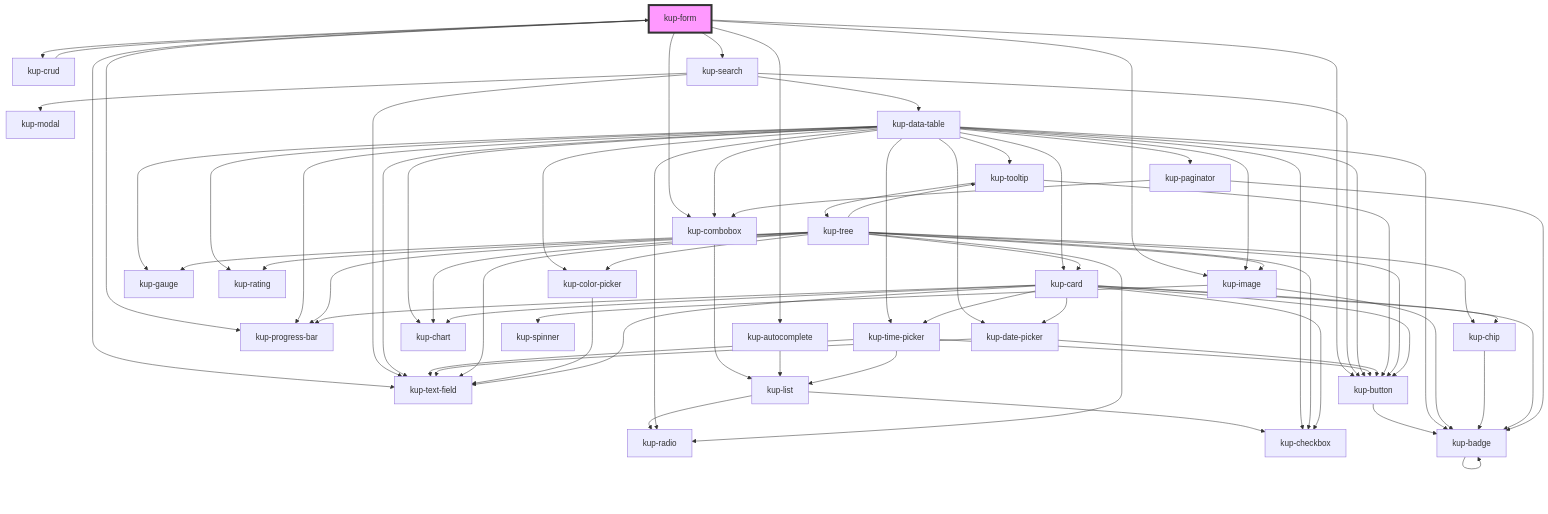
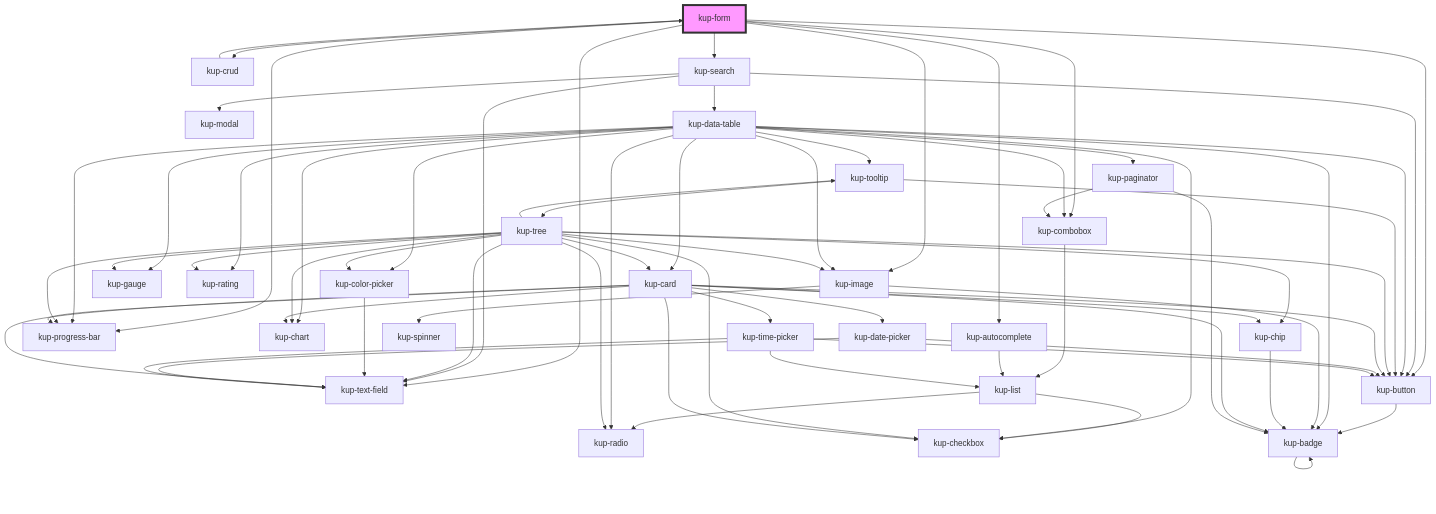
Before and after one commit to smeup/ketchup: the diagram in packages/ketchup/src/components/kup-form/readme.md, drawn with Mermaid. The commit also changed 21 other files, not shown here.

````diff
--- a/packages/ketchup/src/components/kup-form/readme.md
+++ b/packages/ketchup/src/components/kup-form/readme.md
@@ -131,75 +131,72 @@
 ```mermaid
 graph TD;
   kup-form --> kup-combobox
   kup-form --> kup-crud
   kup-form --> kup-autocomplete
   kup-form --> kup-search
   kup-form --> kup-image
   kup-form --> kup-progress-bar
   kup-form --> kup-text-field
   kup-form --> kup-button
   kup-combobox --> kup-list
   kup-list --> kup-radio
   kup-list --> kup-checkbox
   kup-crud --> kup-form
   kup-button --> kup-badge
   kup-badge --> kup-badge
   kup-autocomplete --> kup-list
   kup-search --> kup-text-field
   kup-search --> kup-button
   kup-search --> kup-modal
   kup-search --> kup-data-table
-  kup-data-table --> kup-text-field
-  kup-data-table --> kup-time-picker
-  kup-data-table --> kup-date-picker
   kup-data-table --> kup-checkbox
   kup-data-table --> kup-tooltip
   kup-data-table --> kup-image
   kup-data-table --> kup-button
   kup-data-table --> kup-chart
   kup-data-table --> kup-color-picker
   kup-data-table --> kup-gauge
   kup-data-table --> kup-progress-bar
   kup-data-table --> kup-rating
   kup-data-table --> kup-radio
   kup-data-table --> kup-paginator
   kup-data-table --> kup-combobox
   kup-data-table --> kup-card
   kup-data-table --> kup-badge
-  kup-time-picker --> kup-text-field
-  kup-time-picker --> kup-button
-  kup-time-picker --> kup-list
-  kup-date-picker --> kup-text-field
-  kup-date-picker --> kup-button
   kup-tooltip --> kup-button
   kup-tooltip --> kup-tree
   kup-tree --> kup-image
   kup-tree --> kup-button
   kup-tree --> kup-chart
   kup-tree --> kup-checkbox
   kup-tree --> kup-chip
   kup-tree --> kup-color-picker
   kup-tree --> kup-gauge
   kup-tree --> kup-progress-bar
   kup-tree --> kup-rating
   kup-tree --> kup-radio
   kup-tree --> kup-tooltip
   kup-tree --> kup-text-field
   kup-tree --> kup-card
   kup-image --> kup-spinner
   kup-image --> kup-badge
   kup-chip --> kup-badge
   kup-color-picker --> kup-text-field
   kup-card --> kup-chip
   kup-card --> kup-button
   kup-card --> kup-badge
   kup-card --> kup-progress-bar
   kup-card --> kup-chart
   kup-card --> kup-checkbox
   kup-card --> kup-date-picker
   kup-card --> kup-text-field
   kup-card --> kup-time-picker
+  kup-date-picker --> kup-text-field
+  kup-date-picker --> kup-button
+  kup-time-picker --> kup-text-field
+  kup-time-picker --> kup-button
+  kup-time-picker --> kup-list
   kup-paginator --> kup-combobox
   kup-paginator --> kup-badge
   style kup-form fill:#f9f,stroke:#333,stroke-width:4px
 ```
````
